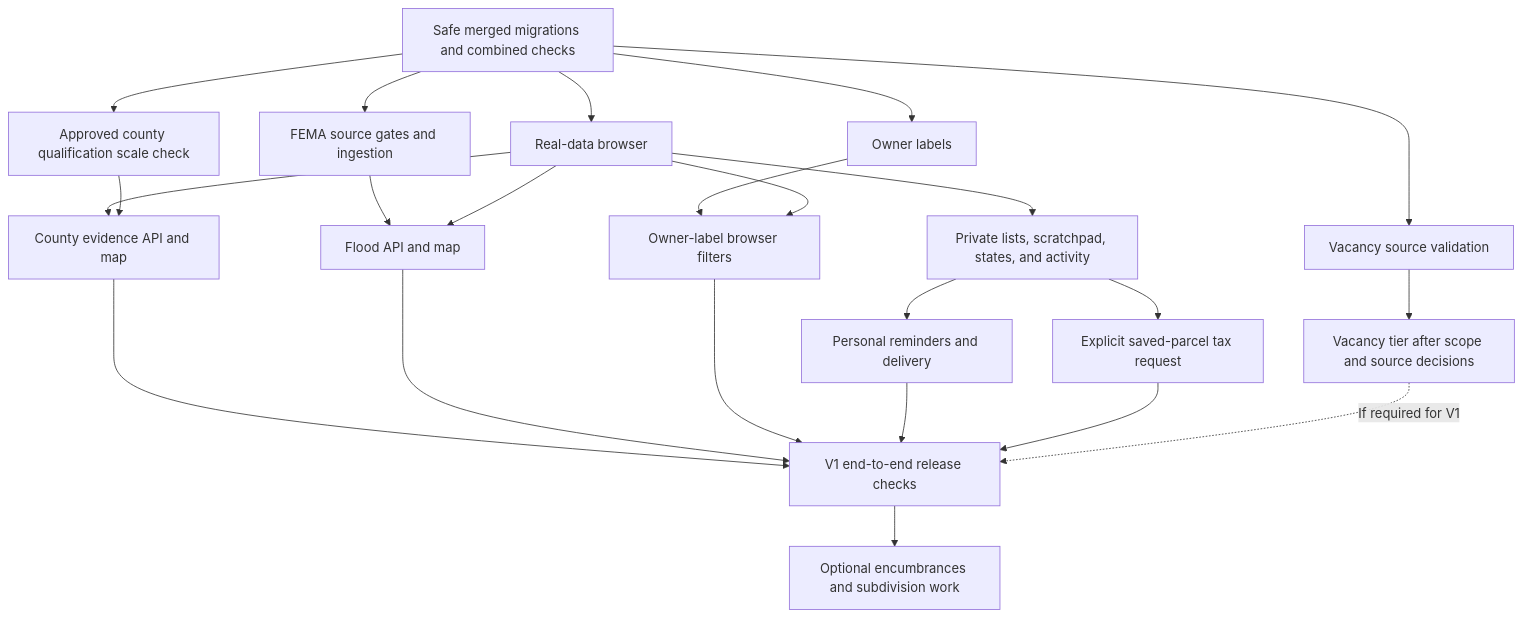
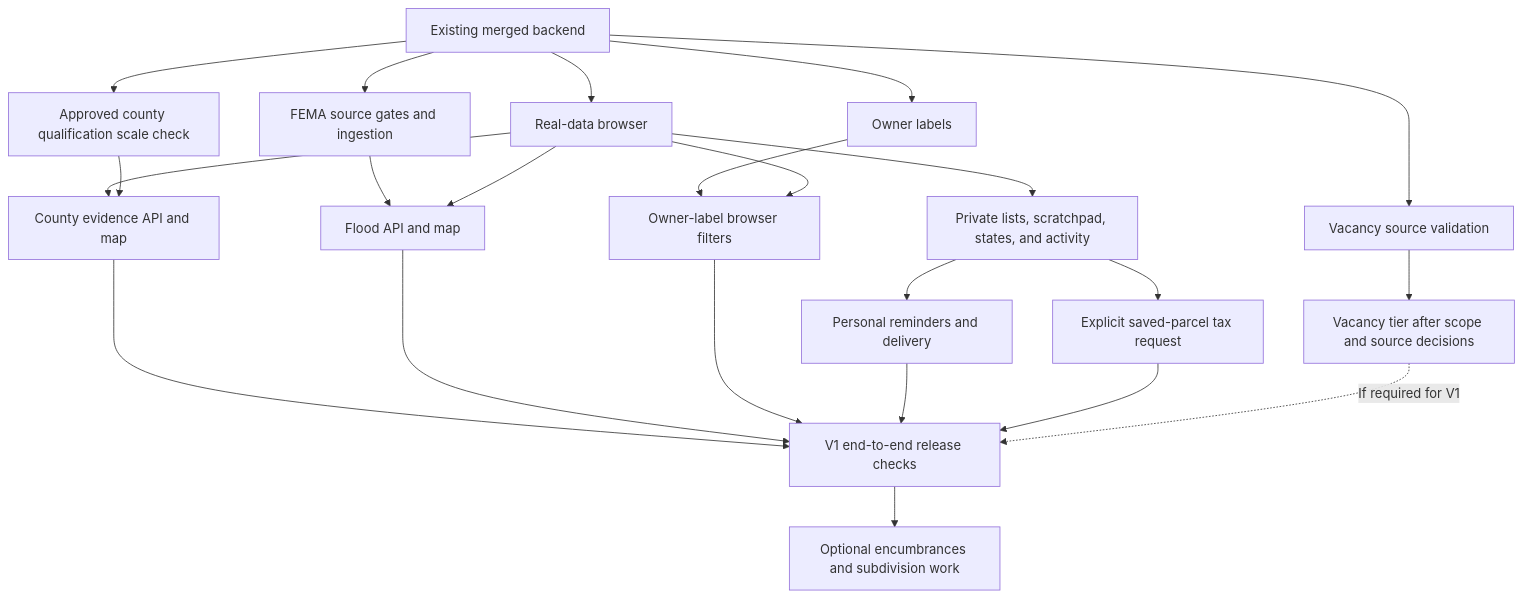
The diagram in plans/v1-plan-priorities.md (JustinMonty20/landman), drawn with Mermaid before and after one commit. The commit also changed other lines of this file and 1 other file, not shown here.

````diff
--- a/plans/v1-plan-priorities.md
+++ b/plans/v1-plan-priorities.md
@@ -150,25 +132,25 @@
 ```mermaid
 flowchart TD
-    B[Safe merged migrations and combined checks] --> U[Real-data browser]
+    B[Existing merged backend] --> U[Real-data browser]
     B --> O[Owner labels]
     B --> F[FEMA source gates and ingestion]
     B --> C[Approved county qualification scale check]
     B --> Q[Vacancy source validation]
     Q --> QT[Vacancy tier after scope and source decisions]
     U --> L[Private lists, scratchpad, states, and activity]
     U --> E[County evidence API and map]
     C --> E
     L --> R[Personal reminders and delivery]
     L --> T[Explicit saved-parcel tax request]
     F --> FM[Flood API and map]
     U --> FM
     O --> OF[Owner-label browser filters]
     U --> OF
     E --> V[V1 end-to-end release checks]
     FM --> V
     OF --> V
     R --> V
     T --> V
     QT -. If required for V1 .-> V
     V --> X[Optional encumbrances and subdivision work]
 ```
````
